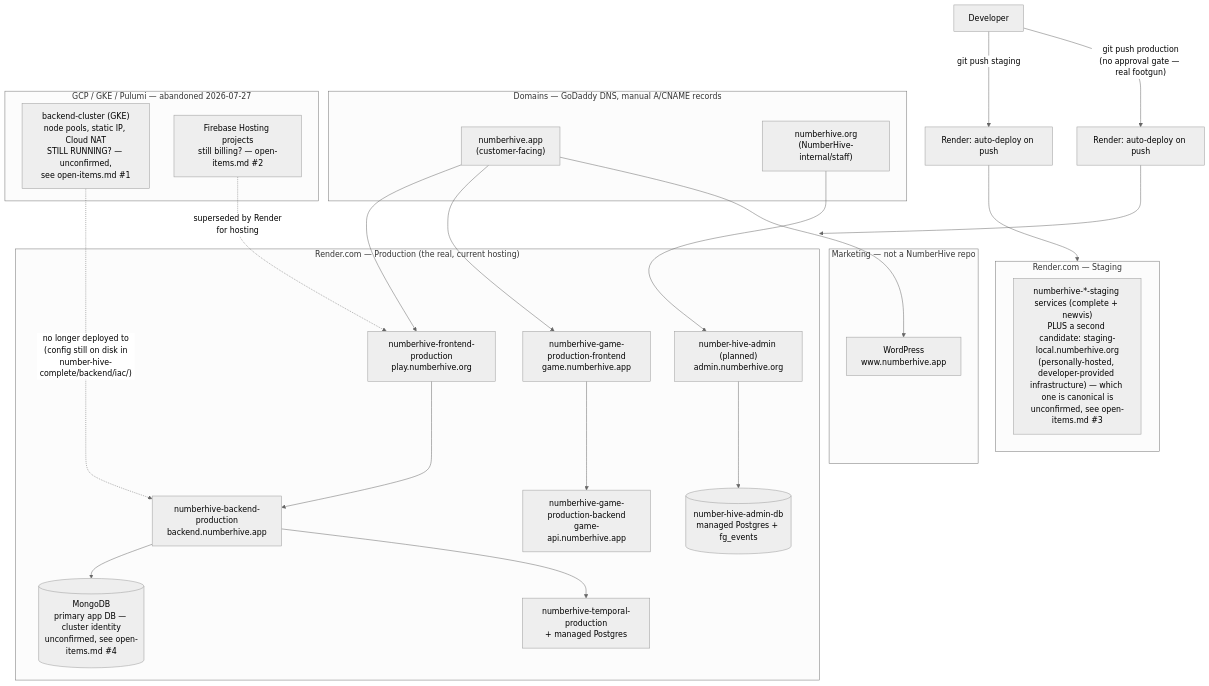
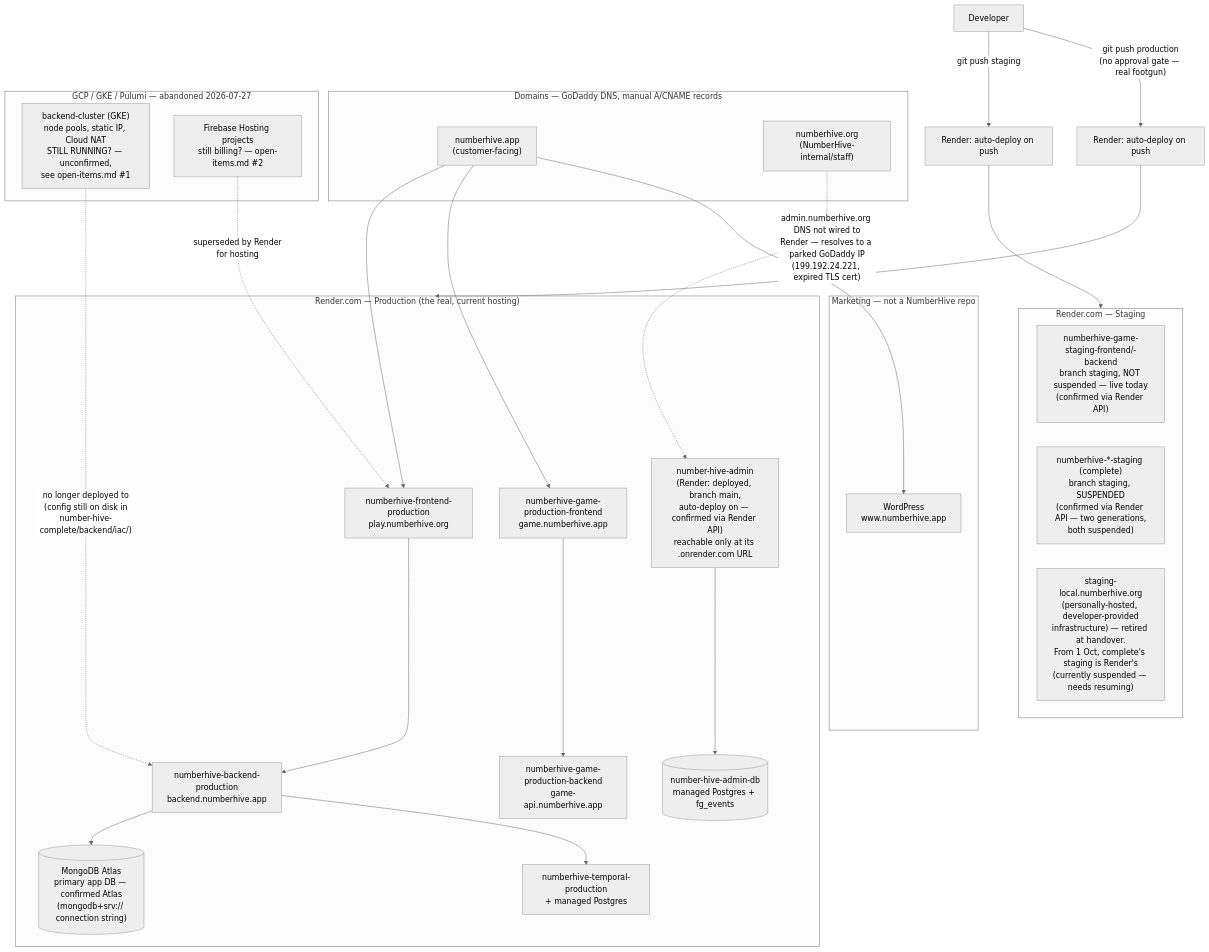
The diagram in handover/README.md (NumberHive/number-hive-documentation), drawn with Mermaid (neutral theme) before and after one commit. The commit also changed other lines of this file and 1 other file, not shown here.

````diff
--- a/handover/README.md
+++ b/handover/README.md
@@ -68,52 +86,54 @@
 ```mermaid
 flowchart TB
     Dev["Developer"]
 
     subgraph Domains["Domains — GoDaddy DNS, manual A/CNAME records"]
         AppDomain["numberhive.app\n(customer-facing)"]
         OrgDomain["numberhive.org\n(NumberHive-internal/staff)"]
     end
 
     Dev -- "git push staging" --> StagingDeploy["Render: auto-deploy on push"]
     Dev -- "git push production\n(no approval gate — real footgun)" --> ProdDeploy["Render: auto-deploy on push"]
 
     subgraph RenderProd["Render.com — Production (the real, current hosting)"]
         CompleteFE["numberhive-frontend-production\nplay.numberhive.org"]
         CompleteBE["numberhive-backend-production\nbackend.numberhive.app"]
         Temporal["numberhive-temporal-production\n+ managed Postgres"]
         GameFE["numberhive-game-production-frontend\ngame.numberhive.app"]
         GameBE["numberhive-game-production-backend\ngame-api.numberhive.app"]
-        AdminSvc["number-hive-admin (planned)\nadmin.numberhive.org"]
+        AdminSvc["number-hive-admin\n(Render: deployed, branch main,\nauto-deploy on — confirmed via Render API)\nreachable only at its .onrender.com URL"]
         AdminDB[("number-hive-admin-db\nmanaged Postgres + fg_events")]
-        MongoAtlas[("MongoDB\nprimary app DB — cluster identity\nunconfirmed, see open-items.md #4")]
+        MongoAtlas[("MongoDB Atlas\nprimary app DB — confirmed Atlas\n(mongodb+srv:// connection string)")]
 
         CompleteFE --> CompleteBE --> MongoAtlas
         CompleteBE --> Temporal
         GameFE --> GameBE
         AdminSvc --> AdminDB
     end
 
     subgraph RenderStaging["Render.com — Staging"]
-        StagingNote["numberhive-*-staging services (complete + newvis)\nPLUS a second candidate: staging-local.numberhive.org\n(personally-hosted, developer-provided infrastructure) — which one is canonical is\nunconfirmed, see open-items.md #3"]
+        GameStaging["numberhive-game-staging-frontend/-backend\nbranch staging, NOT suspended — live today\n(confirmed via Render API)"]
+        CompleteStaging["numberhive-*-staging (complete)\nbranch staging, SUSPENDED\n(confirmed via Render API — two generations,\nboth suspended)"]
+        StagingLocalNote["staging-local.numberhive.org\n(personally-hosted, developer-provided\ninfrastructure) — retired at handover.\nFrom 1 Oct, complete's staging is Render's\n(currently suspended — needs resuming)"]
     end
 
     subgraph Legacy["GCP / GKE / Pulumi — abandoned 2026-07-27"]
         GKE["backend-cluster (GKE)\nnode pools, static IP, Cloud NAT\nSTILL RUNNING? — unconfirmed,\nsee open-items.md #1"]
         FirebaseHosting["Firebase Hosting projects\nstill billing? — open-items.md #2"]
     end
 
     subgraph Marketing["Marketing — not a NumberHive repo"]
         WP["WordPress\nwww.numberhive.app"]
     end
 
     ProdDeploy --> RenderProd
     StagingDeploy --> RenderStaging
 
     AppDomain --> CompleteFE
     AppDomain --> GameFE
     AppDomain --> WP
-    OrgDomain --> AdminSvc
+    OrgDomain -. "admin.numberhive.org DNS not wired to\nRender — resolves to a parked GoDaddy IP\n(199.192.24.221, expired TLS cert)" .-> AdminSvc
 
     GKE -. "no longer deployed to\n(config still on disk in\nnumber-hive-complete/backend/iac/)" .-> CompleteBE
     FirebaseHosting -. "superseded by Render\nfor hosting" .-> CompleteFE
 ```
````
